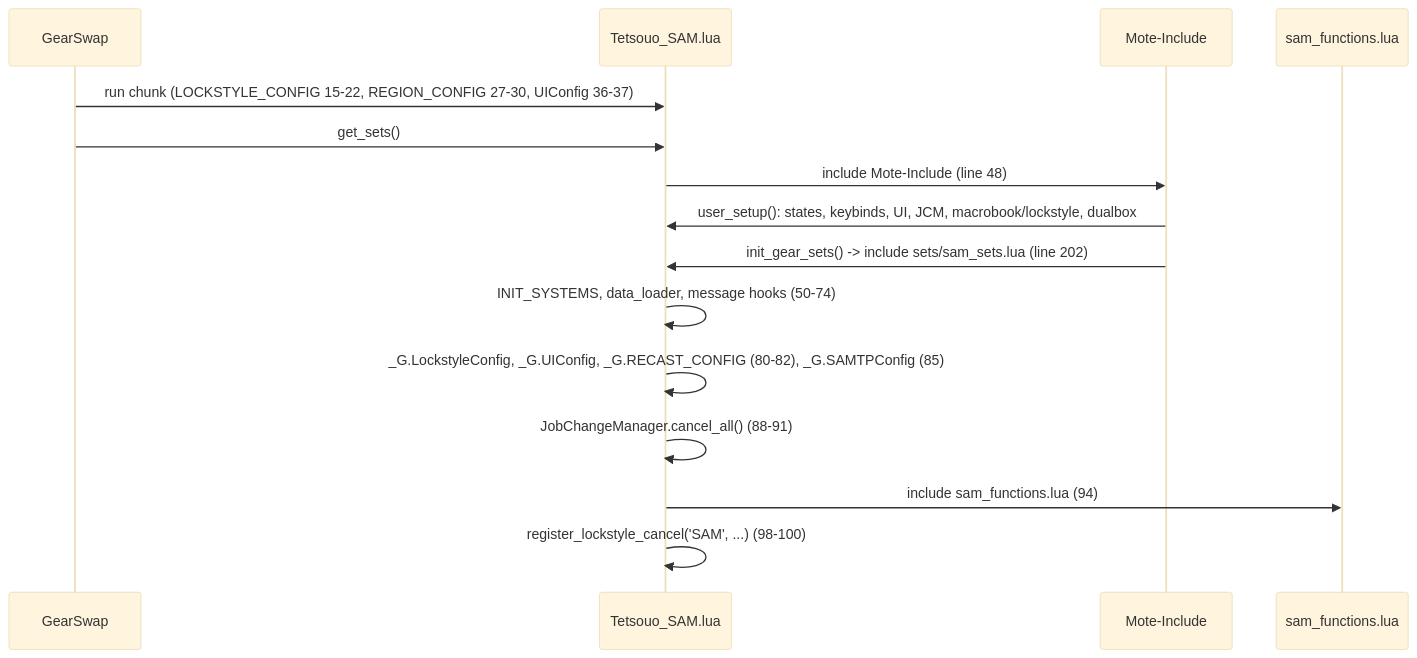
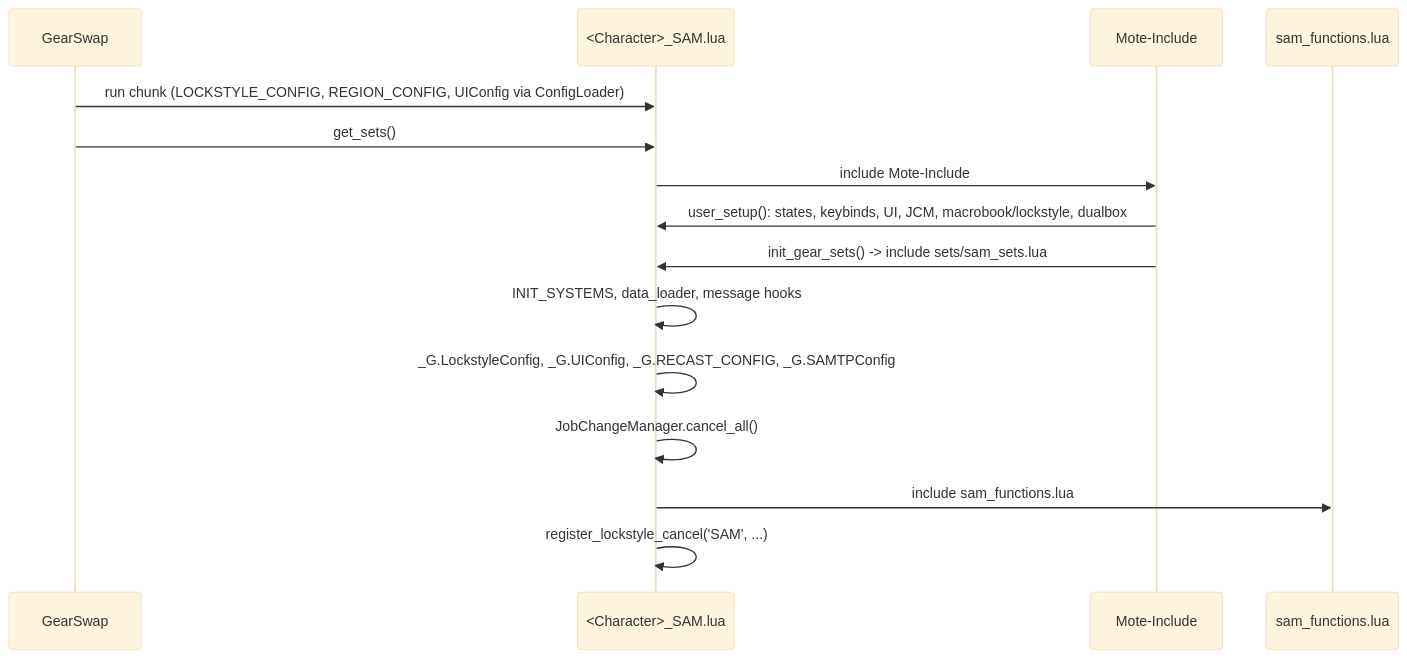
One commit to ejouanchicot/Gearswap changed the first of 2 diagrams in docs/dev/jobs/sam.md. Above: the diagram before and after it, drawn with Mermaid (base theme). The commit also changed other lines of this file and 9 other files, not shown here.

````diff
--- a/docs/dev/jobs/sam.md
+++ b/docs/dev/jobs/sam.md
@@ -72,17 +73,17 @@
 ```mermaid
 sequenceDiagram
     participant GS as GearSwap
-    participant E as Tetsouo_SAM.lua
+    participant E as <Character>_SAM.lua
     participant M as Mote-Include
     participant F as sam_functions.lua
-    GS->>E: run chunk (LOCKSTYLE_CONFIG 15-22, REGION_CONFIG 27-30, UIConfig 36-37)
+    GS->>E: run chunk (LOCKSTYLE_CONFIG, REGION_CONFIG, UIConfig via ConfigLoader)
     GS->>E: get_sets()
-    E->>M: include Mote-Include (line 48)
+    E->>M: include Mote-Include
     M->>E: user_setup(): states, keybinds, UI, JCM, macrobook/lockstyle, dualbox
-    M->>E: init_gear_sets() -> include sets/sam_sets.lua (line 202)
-    E->>E: INIT_SYSTEMS, data_loader, message hooks (50-74)
-    E->>E: _G.LockstyleConfig, _G.UIConfig, _G.RECAST_CONFIG (80-82), _G.SAMTPConfig (85)
-    E->>E: JobChangeManager.cancel_all() (88-91)
-    E->>F: include sam_functions.lua (94)
-    E->>E: register_lockstyle_cancel('SAM', ...) (98-100)
+    M->>E: init_gear_sets() -> include sets/sam_sets.lua
+    E->>E: INIT_SYSTEMS, data_loader, message hooks
+    E->>E: _G.LockstyleConfig, _G.UIConfig, _G.RECAST_CONFIG, _G.SAMTPConfig
+    E->>E: JobChangeManager.cancel_all()
+    E->>F: include sam_functions.lua
+    E->>E: register_lockstyle_cancel('SAM', ...)
 ```
````
